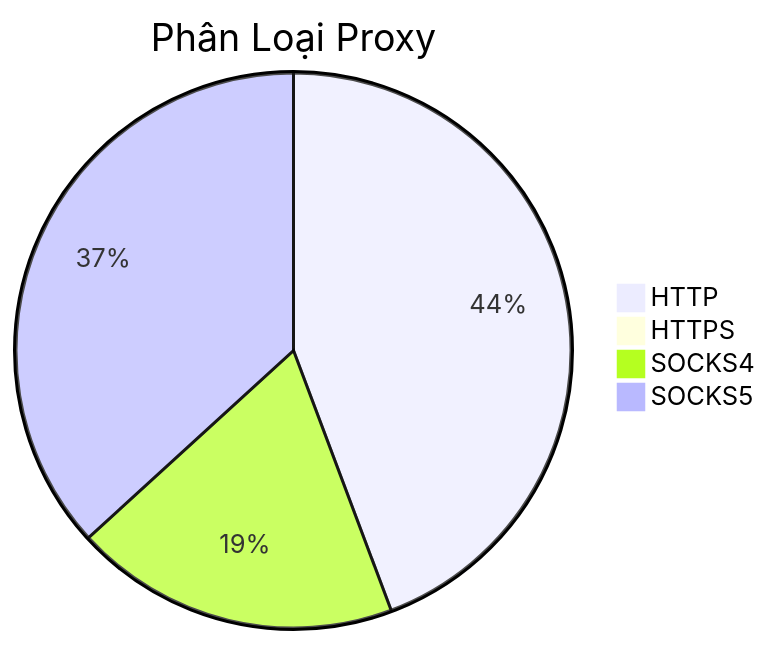
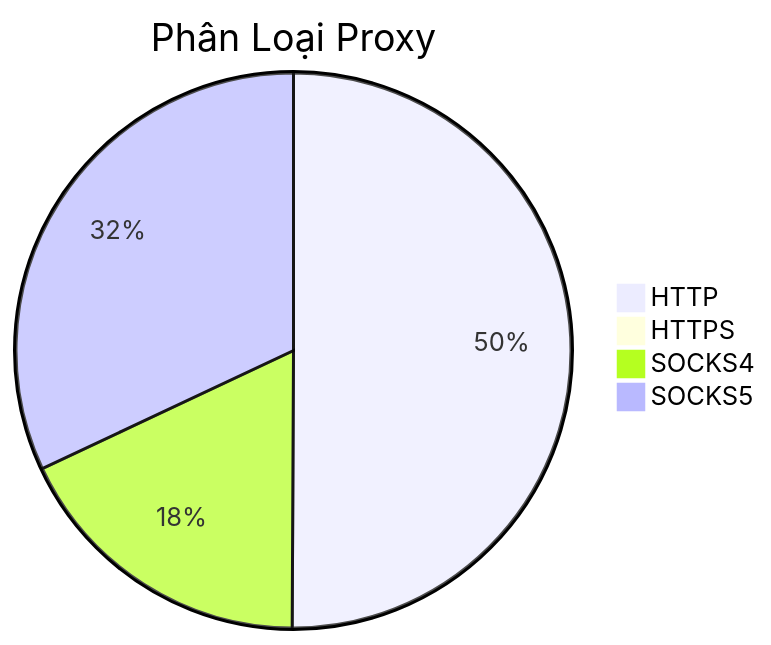
Before and after one commit to Ciara-12/PROXY-free: the diagram in README.md, drawn with Mermaid. The commit also changed other lines of this file and 3 other files, not shown here.

````diff
--- a/README.md
+++ b/README.md
@@ -26,7 +26,7 @@
 ```mermaid
 pie title Phân Loại Proxy
-    "HTTP" : 886
+    "HTTP" : 997
     "HTTPS" : 0
-    "SOCKS4" : 379
-    "SOCKS5" : 736
+    "SOCKS4" : 357
+    "SOCKS5" : 637
 ```
````
